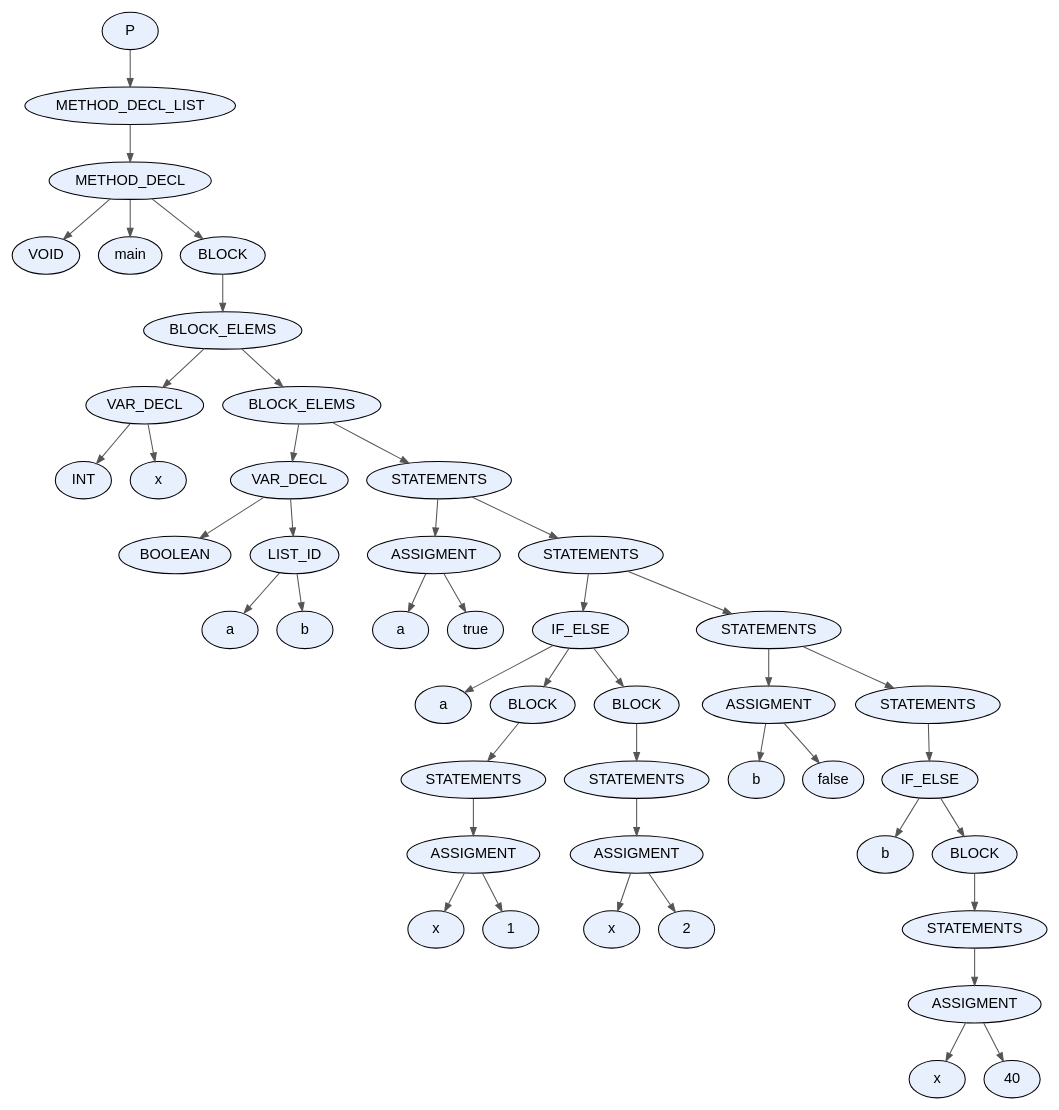
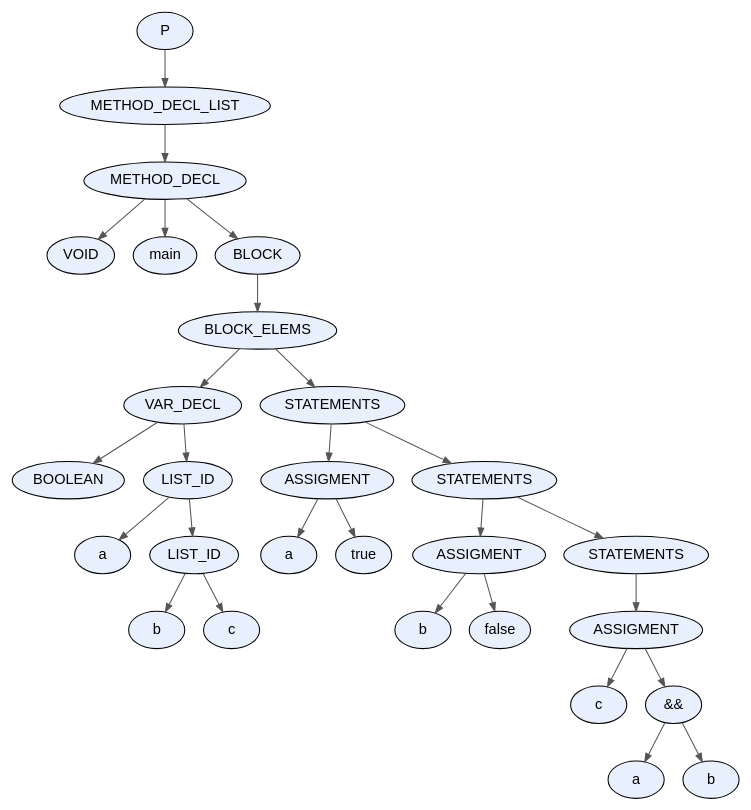
The diagram in proyecto/dot_files/test4.dot (facundo-dario-loser/TDS2026), drawn with Graphviz before and after one commit. The commit also changed 9 other files, not shown here.

```diff
--- a/proyecto/dot_files/test4.dot
+++ b/proyecto/dot_files/test4.dot
@@ -1,93 +1,59 @@
 digraph AST {
   node [fontname="Arial"];
   edge [arrowsize=0.8, color="#555555"];
-  "node_0x5881f2e289a0" [label="P", style=filled, fillcolor="#E8F0FE", shape=ellipse, style="rounded,filled"];
-  "node_0x5881f2e289a0" -> "node_0x5881f2e28950";
-  "node_0x5881f2e28950" [label="METHOD_DECL_LIST", style=filled, fillcolor="#E8F0FE", shape=ellipse, style="rounded,filled"];
-  "node_0x5881f2e28950" -> "node_0x5881f2e28900";
-  "node_0x5881f2e28900" [label="METHOD_DECL", style=filled, fillcolor="#E8F0FE", shape=ellipse, style="rounded,filled"];
-  "node_0x5881f2e28900" -> "node_0x5881f2e28840";
-  "node_0x5881f2e28840" [label="VOID", style=filled, fillcolor="#E8F0FE", shape=ellipse, style="rounded,filled"];
-  "node_0x5881f2e28900" -> "node_0x5881f2e28890";
-  "node_0x5881f2e28890" [label="main", style=filled, fillcolor="#E8F0FE", shape=ellipse, style="rounded,filled"];
-  "node_0x5881f2e28900" -> "node_0x5881f2e287f0";
-  "node_0x5881f2e287f0" [label="BLOCK", style=filled, fillcolor="#E8F0FE", shape=ellipse, style="rounded,filled"];
-  "node_0x5881f2e287f0" -> "node_0x5881f2e287a0";
-  "node_0x5881f2e287a0" [label="BLOCK_ELEMS", style=filled, fillcolor="#E8F0FE", shape=ellipse, style="rounded,filled"];
-  "node_0x5881f2e287a0" -> "node_0x5881f2e27a20";
-  "node_0x5881f2e27a20" [label="VAR_DECL", style=filled, fillcolor="#E8F0FE", shape=ellipse, style="rounded,filled"];
-  "node_0x5881f2e27a20" -> "node_0x5881f2e27940";
-  "node_0x5881f2e27940" [label="INT", style=filled, fillcolor="#E8F0FE", shape=ellipse, style="rounded,filled"];
-  "node_0x5881f2e27a20" -> "node_0x5881f2e279b0";
-  "node_0x5881f2e279b0" [label="x", style=filled, fillcolor="#E8F0FE", shape=ellipse, style="rounded,filled"];
-  "node_0x5881f2e287a0" -> "node_0x5881f2e28750";
-  "node_0x5881f2e28750" [label="BLOCK_ELEMS", style=filled, fillcolor="#E8F0FE", shape=ellipse, style="rounded,filled"];
-  "node_0x5881f2e28750" -> "node_0x5881f2e27c30";
-  "node_0x5881f2e27c30" [label="VAR_DECL", style=filled, fillcolor="#E8F0FE", shape=ellipse, style="rounded,filled"];
-  "node_0x5881f2e27c30" -> "node_0x5881f2e27a70";
-  "node_0x5881f2e27a70" [label="BOOLEAN", style=filled, fillcolor="#E8F0FE", shape=ellipse, style="rounded,filled"];
-  "node_0x5881f2e27c30" -> "node_0x5881f2e27be0";
-  "node_0x5881f2e27be0" [label="LIST_ID", style=filled, fillcolor="#E8F0FE", shape=ellipse, style="rounded,filled"];
-  "node_0x5881f2e27be0" -> "node_0x5881f2e27b70";
-  "node_0x5881f2e27b70" [label="a", style=filled, fillcolor="#E8F0FE", shape=ellipse, style="rounded,filled"];
-  "node_0x5881f2e27be0" -> "node_0x5881f2e27b00";
-  "node_0x5881f2e27b00" [label="b", style=filled, fillcolor="#E8F0FE", shape=ellipse, style="rounded,filled"];
-  "node_0x5881f2e28750" -> "node_0x5881f2e28700";
-  "node_0x5881f2e28700" [label="STATEMENTS", style=filled, fillcolor="#E8F0FE", shape=ellipse, style="rounded,filled"];
-  "node_0x5881f2e28700" -> "node_0x5881f2e27d60";
-  "node_0x5881f2e27d60" [label="ASSIGMENT", style=filled, fillcolor="#E8F0FE", shape=ellipse, style="rounded,filled"];
-  "node_0x5881f2e27d60" -> "node_0x5881f2e27cf0";
-  "node_0x5881f2e27cf0" [label="a", style=filled, fillcolor="#E8F0FE", shape=ellipse, style="rounded,filled"];
-  "node_0x5881f2e27d60" -> "node_0x5881f2e27ca0";
-  "node_0x5881f2e27ca0" [label="true", style=filled, fillcolor="#E8F0FE", shape=ellipse, style="rounded,filled"];
-  "node_0x5881f2e28700" -> "node_0x5881f2e286b0";
-  "node_0x5881f2e286b0" [label="STATEMENTS", style=filled, fillcolor="#E8F0FE", shape=ellipse, style="rounded,filled"];
-  "node_0x5881f2e286b0" -> "node_0x5881f2e281e0";
-  "node_0x5881f2e281e0" [label="IF_ELSE", style=filled, fillcolor="#E8F0FE", shape=ellipse, style="rounded,filled"];
-  "node_0x5881f2e281e0" -> "node_0x5881f2e27dd0";
-  "node_0x5881f2e27dd0" [label="a", style=filled, fillcolor="#E8F0FE", shape=ellipse, style="rounded,filled"];
-  "node_0x5881f2e281e0" -> "node_0x5881f2e27fc0";
-  "node_0x5881f2e27fc0" [label="BLOCK", style=filled, fillcolor="#E8F0FE", shape=ellipse, style="rounded,filled"];
-  "node_0x5881f2e27fc0" -> "node_0x5881f2e27f70";
-  "node_0x5881f2e27f70" [label="STATEMENTS", style=filled, fillcolor="#E8F0FE", shape=ellipse, style="rounded,filled"];
-  "node_0x5881f2e27f70" -> "node_0x5881f2e27f20";
-  "node_0x5881f2e27f20" [label="ASSIGMENT", style=filled, fillcolor="#E8F0FE", shape=ellipse, style="rounded,filled"];
-  "node_0x5881f2e27f20" -> "node_0x5881f2e27eb0";
-  "node_0x5881f2e27eb0" [label="x", style=filled, fillcolor="#E8F0FE", shape=ellipse, style="rounded,filled"];
-  "node_0x5881f2e27f20" -> "node_0x5881f2e27e60";
-  "node_0x5881f2e27e60" [label="1", style=filled, fillcolor="#E8F0FE", shape=ellipse, style="rounded,filled"];
-  "node_0x5881f2e281e0" -> "node_0x5881f2e28190";
-  "node_0x5881f2e28190" [label="BLOCK", style=filled, fillcolor="#E8F0FE", shape=ellipse, style="rounded,filled"];
-  "node_0x5881f2e28190" -> "node_0x5881f2e28140";
-  "node_0x5881f2e28140" [label="STATEMENTS", style=filled, fillcolor="#E8F0FE", shape=ellipse, style="rounded,filled"];
-  "node_0x5881f2e28140" -> "node_0x5881f2e280f0";
-  "node_0x5881f2e280f0" [label="ASSIGMENT", style=filled, fillcolor="#E8F0FE", shape=ellipse, style="rounded,filled"];
-  "node_0x5881f2e280f0" -> "node_0x5881f2e28080";
-  "node_0x5881f2e28080" [label="x", style=filled, fillcolor="#E8F0FE", shape=ellipse, style="rounded,filled"];
-  "node_0x5881f2e280f0" -> "node_0x5881f2e28030";
-  "node_0x5881f2e28030" [label="2", style=filled, fillcolor="#E8F0FE", shape=ellipse, style="rounded,filled"];
-  "node_0x5881f2e286b0" -> "node_0x5881f2e28660";
-  "node_0x5881f2e28660" [label="STATEMENTS", style=filled, fillcolor="#E8F0FE", shape=ellipse, style="rounded,filled"];
-  "node_0x5881f2e28660" -> "node_0x5881f2e28310";
-  "node_0x5881f2e28310" [label="ASSIGMENT", style=filled, fillcolor="#E8F0FE", shape=ellipse, style="rounded,filled"];
-  "node_0x5881f2e28310" -> "node_0x5881f2e282a0";
-  "node_0x5881f2e282a0" [label="b", style=filled, fillcolor="#E8F0FE", shape=ellipse, style="rounded,filled"];
-  "node_0x5881f2e28310" -> "node_0x5881f2e28250";
-  "node_0x5881f2e28250" [label="false", style=filled, fillcolor="#E8F0FE", shape=ellipse, style="rounded,filled"];
-  "node_0x5881f2e28660" -> "node_0x5881f2e28610";
-  "node_0x5881f2e28610" [label="STATEMENTS", style=filled, fillcolor="#E8F0FE", shape=ellipse, style="rounded,filled"];
-  "node_0x5881f2e28610" -> "node_0x5881f2e285c0";
-  "node_0x5881f2e285c0" [label="IF_ELSE", style=filled, fillcolor="#E8F0FE", shape=ellipse, style="rounded,filled"];
-  "node_0x5881f2e285c0" -> "node_0x5881f2e28380";
-  "node_0x5881f2e28380" [label="b", style=filled, fillcolor="#E8F0FE", shape=ellipse, style="rounded,filled"];
-  "node_0x5881f2e285c0" -> "node_0x5881f2e28570";
-  "node_0x5881f2e28570" [label="BLOCK", style=filled, fillcolor="#E8F0FE", shape=ellipse, style="rounded,filled"];
-  "node_0x5881f2e28570" -> "node_0x5881f2e28520";
-  "node_0x5881f2e28520" [label="STATEMENTS", style=filled, fillcolor="#E8F0FE", shape=ellipse, style="rounded,filled"];
-  "node_0x5881f2e28520" -> "node_0x5881f2e284d0";
-  "node_0x5881f2e284d0" [label="ASSIGMENT", style=filled, fillcolor="#E8F0FE", shape=ellipse, style="rounded,filled"];
-  "node_0x5881f2e284d0" -> "node_0x5881f2e28460";
-  "node_0x5881f2e28460" [label="x", style=filled, fillcolor="#E8F0FE", shape=ellipse, style="rounded,filled"];
-  "node_0x5881f2e284d0" -> "node_0x5881f2e28410";
-  "node_0x5881f2e28410" [label="40", style=filled, fillcolor="#E8F0FE", shape=ellipse, style="rounded,filled"];
+  "node_0x6068436383d0" [label="P", style=filled, fillcolor="#E8F0FE", shape=ellipse, style="rounded,filled"];
+  "node_0x6068436383d0" -> "node_0x606843638380";
+  "node_0x606843638380" [label="METHOD_DECL_LIST", style=filled, fillcolor="#E8F0FE", shape=ellipse, style="rounded,filled"];
+  "node_0x606843638380" -> "node_0x606843638330";
+  "node_0x606843638330" [label="METHOD_DECL", style=filled, fillcolor="#E8F0FE", shape=ellipse, style="rounded,filled"];
+  "node_0x606843638330" -> "node_0x606843638270";
+  "node_0x606843638270" [label="VOID", style=filled, fillcolor="#E8F0FE", shape=ellipse, style="rounded,filled"];
+  "node_0x606843638330" -> "node_0x6068436382c0";
+  "node_0x6068436382c0" [label="main", style=filled, fillcolor="#E8F0FE", shape=ellipse, style="rounded,filled"];
+  "node_0x606843638330" -> "node_0x606843638220";
+  "node_0x606843638220" [label="BLOCK", style=filled, fillcolor="#E8F0FE", shape=ellipse, style="rounded,filled"];
+  "node_0x606843638220" -> "node_0x6068436381d0";
+  "node_0x6068436381d0" [label="BLOCK_ELEMS", style=filled, fillcolor="#E8F0FE", shape=ellipse, style="rounded,filled"];
+  "node_0x6068436381d0" -> "node_0x606843637be0";
+  "node_0x606843637be0" [label="VAR_DECL", style=filled, fillcolor="#E8F0FE", shape=ellipse, style="rounded,filled"];
+  "node_0x606843637be0" -> "node_0x606843637940";
+  "node_0x606843637940" [label="BOOLEAN", style=filled, fillcolor="#E8F0FE", shape=ellipse, style="rounded,filled"];
+  "node_0x606843637be0" -> "node_0x606843637b90";
+  "node_0x606843637b90" [label="LIST_ID", style=filled, fillcolor="#E8F0FE", shape=ellipse, style="rounded,filled"];
+  "node_0x606843637b90" -> "node_0x606843637b20";
+  "node_0x606843637b20" [label="a", style=filled, fillcolor="#E8F0FE", shape=ellipse, style="rounded,filled"];
+  "node_0x606843637b90" -> "node_0x606843637ad0";
+  "node_0x606843637ad0" [label="LIST_ID", style=filled, fillcolor="#E8F0FE", shape=ellipse, style="rounded,filled"];
+  "node_0x606843637ad0" -> "node_0x606843637a60";
+  "node_0x606843637a60" [label="b", style=filled, fillcolor="#E8F0FE", shape=ellipse, style="rounded,filled"];
+  "node_0x606843637ad0" -> "node_0x6068436379f0";
+  "node_0x6068436379f0" [label="c", style=filled, fillcolor="#E8F0FE", shape=ellipse, style="rounded,filled"];
+  "node_0x6068436381d0" -> "node_0x606843638180";
+  "node_0x606843638180" [label="STATEMENTS", style=filled, fillcolor="#E8F0FE", shape=ellipse, style="rounded,filled"];
+  "node_0x606843638180" -> "node_0x606843637d10";
+  "node_0x606843637d10" [label="ASSIGMENT", style=filled, fillcolor="#E8F0FE", shape=ellipse, style="rounded,filled"];
+  "node_0x606843637d10" -> "node_0x606843637ca0";
+  "node_0x606843637ca0" [label="a", style=filled, fillcolor="#E8F0FE", shape=ellipse, style="rounded,filled"];
+  "node_0x606843637d10" -> "node_0x606843637c50";
+  "node_0x606843637c50" [label="true", style=filled, fillcolor="#E8F0FE", shape=ellipse, style="rounded,filled"];
+  "node_0x606843638180" -> "node_0x606843638130";
+  "node_0x606843638130" [label="STATEMENTS", style=filled, fillcolor="#E8F0FE", shape=ellipse, style="rounded,filled"];
+  "node_0x606843638130" -> "node_0x606843637e40";
+  "node_0x606843637e40" [label="ASSIGMENT", style=filled, fillcolor="#E8F0FE", shape=ellipse, style="rounded,filled"];
+  "node_0x606843637e40" -> "node_0x606843637dd0";
+  "node_0x606843637dd0" [label="b", style=filled, fillcolor="#E8F0FE", shape=ellipse, style="rounded,filled"];
+  "node_0x606843637e40" -> "node_0x606843637d80";
+  "node_0x606843637d80" [label="false", style=filled, fillcolor="#E8F0FE", shape=ellipse, style="rounded,filled"];
+  "node_0x606843638130" -> "node_0x6068436380e0";
+  "node_0x6068436380e0" [label="STATEMENTS", style=filled, fillcolor="#E8F0FE", shape=ellipse, style="rounded,filled"];
+  "node_0x6068436380e0" -> "node_0x606843638090";
+  "node_0x606843638090" [label="ASSIGMENT", style=filled, fillcolor="#E8F0FE", shape=ellipse, style="rounded,filled"];
+  "node_0x606843638090" -> "node_0x606843638020";
+  "node_0x606843638020" [label="c", style=filled, fillcolor="#E8F0FE", shape=ellipse, style="rounded,filled"];
+  "node_0x606843638090" -> "node_0x606843637fd0";
+  "node_0x606843637fd0" [label="&&", style=filled, fillcolor="#E8F0FE", shape=ellipse, style="rounded,filled"];
+  "node_0x606843637fd0" -> "node_0x606843637ed0";
+  "node_0x606843637ed0" [label="a", style=filled, fillcolor="#E8F0FE", shape=ellipse, style="rounded,filled"];
+  "node_0x606843637fd0" -> "node_0x606843637f60";
+  "node_0x606843637f60" [label="b", style=filled, fillcolor="#E8F0FE", shape=ellipse, style="rounded,filled"];
 }
```
